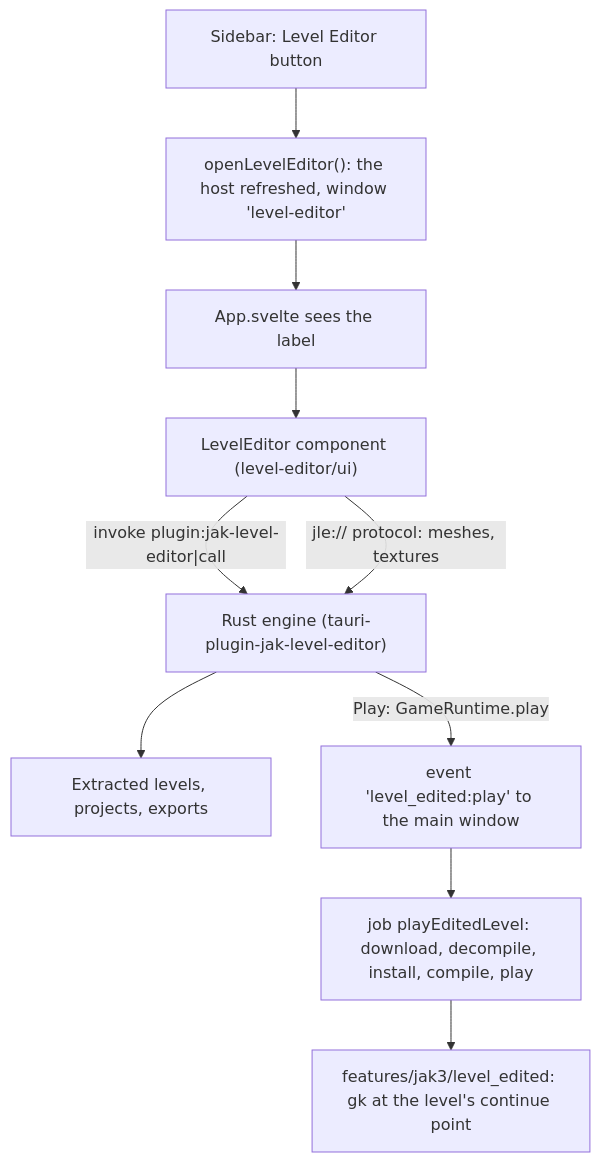
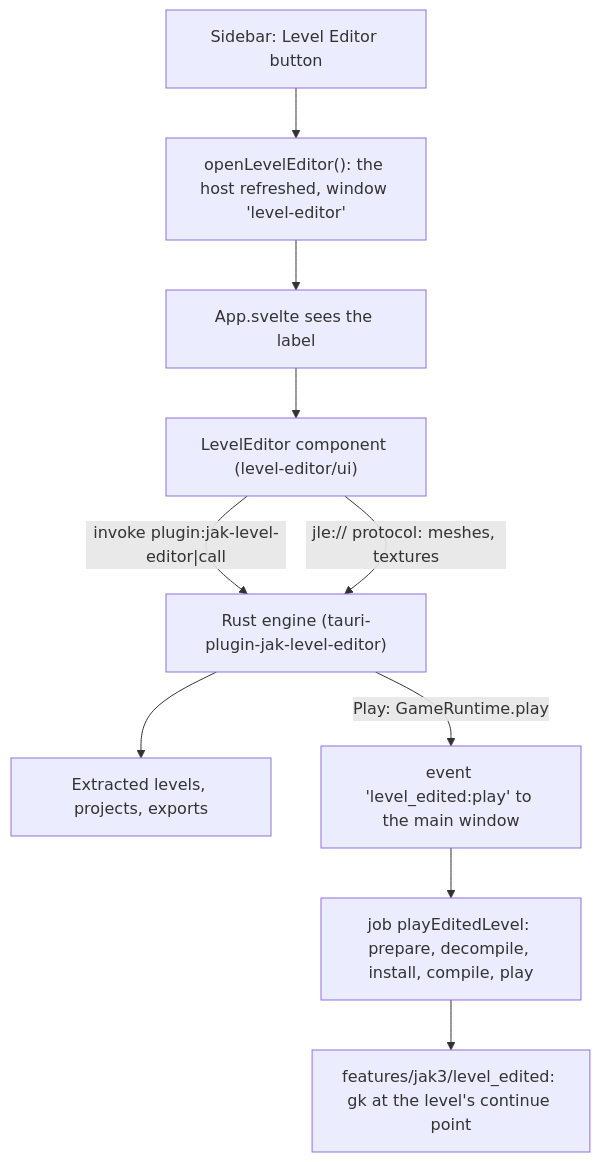
One commit to whozghiar/open-goal-launcher changed the first of 2 diagrams in docs/features_ai/features_level_editor.md. Above: the diagram before and after it, drawn with Mermaid. The commit also changed other lines of this file and 13 other files, not shown here.

````diff
--- a/docs/features_ai/features_level_editor.md
+++ b/docs/features_ai/features_level_editor.md
@@ -94,12 +105,12 @@
 ```mermaid
 flowchart TD
   A["Sidebar: Level Editor button"] --> B["openLevelEditor(): the host refreshed, window 'level-editor'"]
   B --> C["App.svelte sees the label"]
   C --> D["LevelEditor component (level-editor/ui)"]
   D -->|"invoke plugin:jak-level-editor|call"| E["Rust engine (tauri-plugin-jak-level-editor)"]
   D -->|"jle:// protocol: meshes, textures"| E
   E --> F["Extracted levels, projects, exports"]
   E -->|"Play: GameRuntime.play"| G["event 'level_edited:play' to the main window"]
-  G --> H["job playEditedLevel: download, decompile, install, compile, play"]
+  G --> H["job playEditedLevel: prepare, decompile, install, compile, play"]
   H --> I["features/jak3/level_edited: gk at the level's continue point"]
 ```
````
